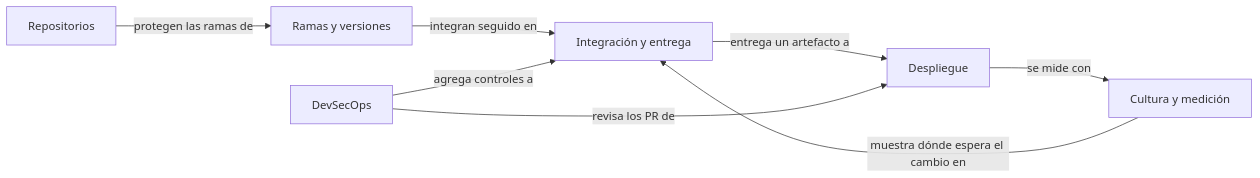
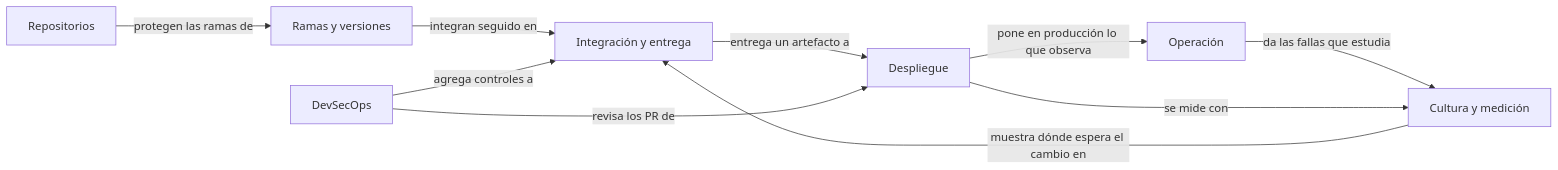
The diagram in DevOps/devops.md (mtsdlf/conocimiento), drawn with Mermaid before and after one commit. The commit also changed other lines of this file and 47 other files, not shown here.

````diff
--- a/DevOps/devops.md
+++ b/DevOps/devops.md
@@ -38,10 +38,12 @@
 ```mermaid
 flowchart LR
   RE[Repositorios] -->|protegen las ramas de| RV[Ramas y versiones]
   RV -->|integran seguido en| IE[Integración y entrega]
   IE -->|entrega un artefacto a| D[Despliegue]
   DS[DevSecOps] -->|agrega controles a| IE
   DS -->|revisa los PR de| D
+  D -->|pone en producción lo que observa| OP[Operación]
+  OP -->|da las fallas que estudia| CM
   D -->|se mide con| CM[Cultura y medición]
   CM -->|muestra dónde espera el cambio en| IE
 ```
````
